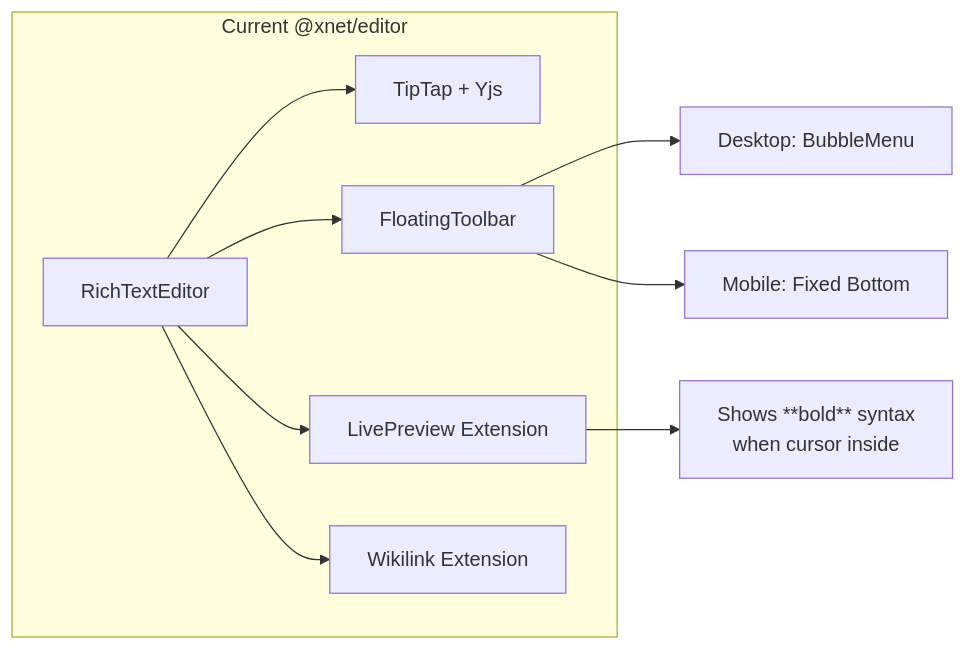
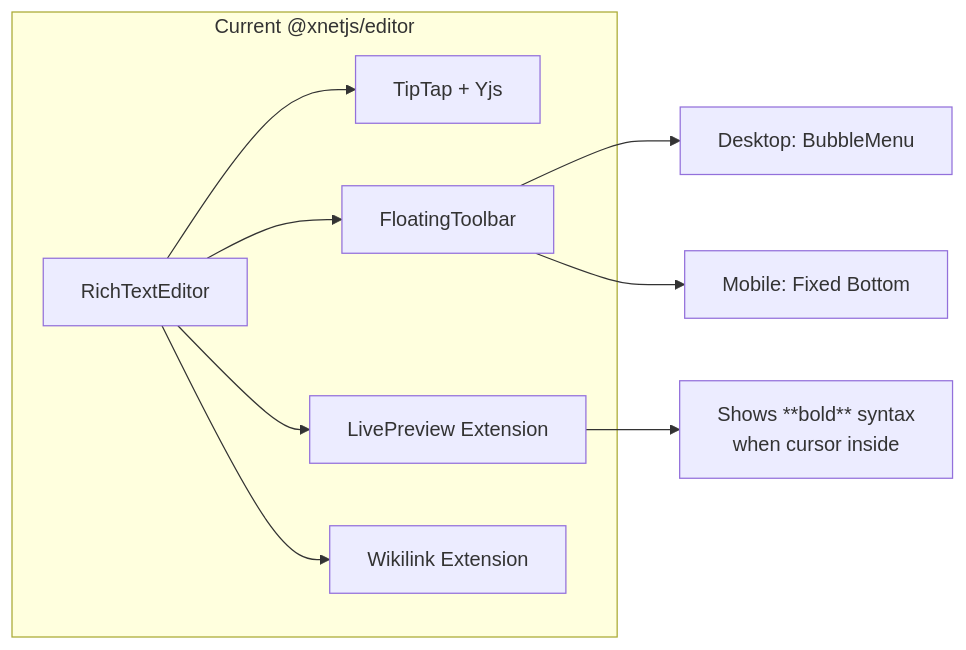
The first of 4 diagrams in docs/explorations/0003_[x]_EDITOR_REDESIGN_RESEARCH.md (crs48/xNet), drawn with Mermaid before and after one commit. The commit also changed 980 other files, not shown here.

````diff
--- a/docs/explorations/0003_[x]_EDITOR_REDESIGN_RESEARCH.md
+++ b/docs/explorations/0003_[x]_EDITOR_REDESIGN_RESEARCH.md
@@ -54,14 +54,14 @@
 ```mermaid
 graph LR
-    subgraph "Current @xnet/editor"
+    subgraph "Current @xnetjs/editor"
         A[RichTextEditor] --> B[TipTap + Yjs]
         A --> C[FloatingToolbar]
         A --> D[LivePreview Extension]
         A --> E[Wikilink Extension]
     end
 
     C --> C1[Desktop: BubbleMenu]
     C --> C2[Mobile: Fixed Bottom]
 
     D --> D1["Shows **bold** syntax<br/>when cursor inside"]
 ```
````
